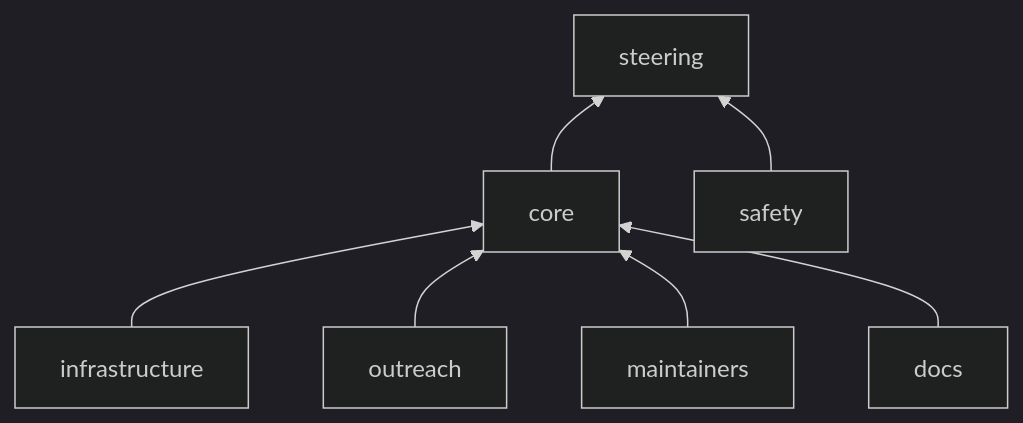
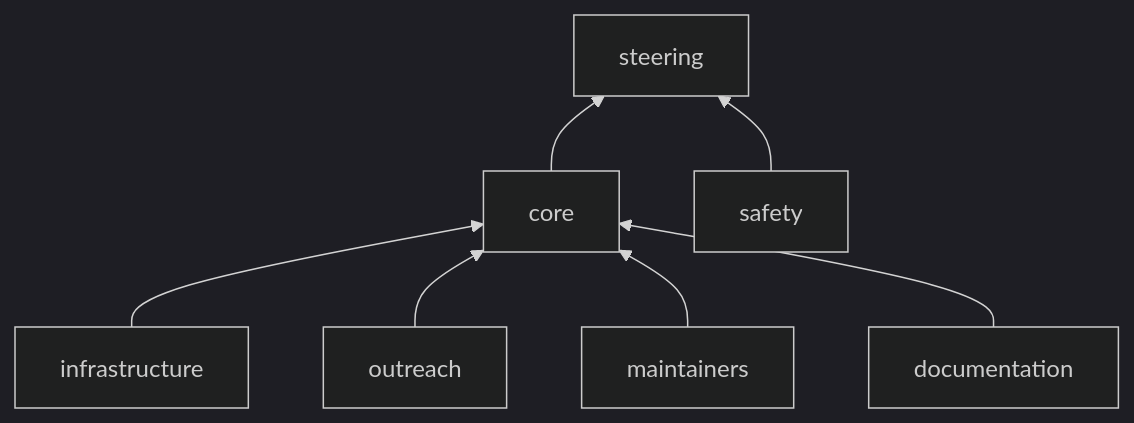
One commit to nf-core/website changed the diagram in sites/main-site/src/content/about/governance.mdx. Above: the diagram before and after it, drawn with Mermaid (dark theme).

````diff
--- a/sites/main-site/src/content/about/governance.mdx
+++ b/sites/main-site/src/content/about/governance.mdx
@@ -19,9 +19,9 @@
 ```mermaid
 flowchart BT
     core --> steering
     infrastructure --> core
     outreach --> core
     maintainers --> core
     safety --> steering
-    docs --> core
+    documentation --> core
 ```
````
